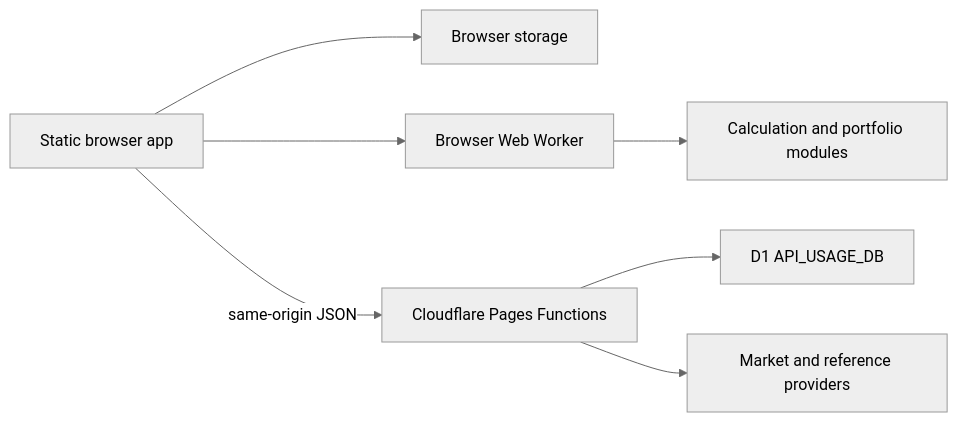
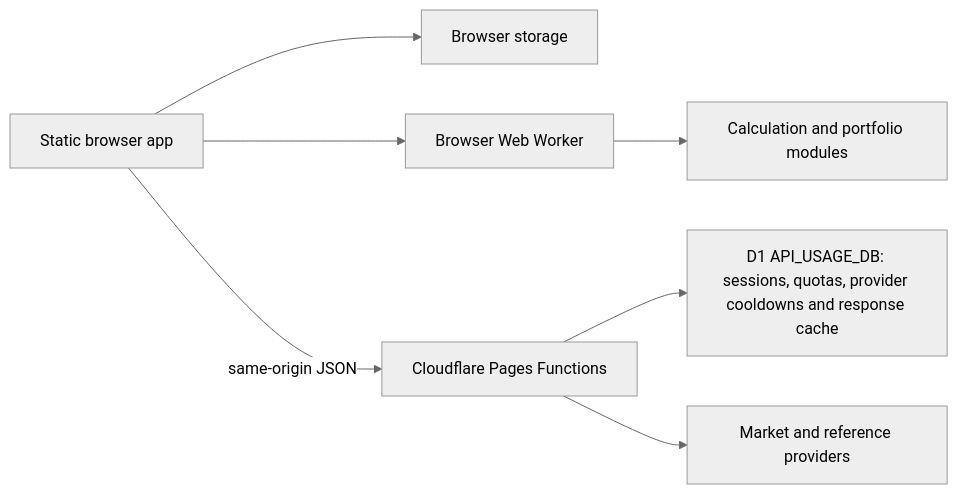
One commit to tahamoeini/invest-consult changed the diagram in docs/architecture-and-portability.md. Above: the diagram before and after it, drawn with Mermaid (neutral theme). The commit also changed other lines of this file and 10 other files, not shown here.

````diff
--- a/docs/architecture-and-portability.md
+++ b/docs/architecture-and-portability.md
@@ -11,9 +11,9 @@
 ```mermaid
 flowchart LR
   Browser["Static browser app"] --> Local["Browser storage"]
   Browser --> Worker["Browser Web Worker"]
   Worker --> Domain["Calculation and portfolio modules"]
   Browser -->|same-origin JSON| Routes["Cloudflare Pages Functions"]
-  Routes --> D1["D1 API_USAGE_DB"]
+  Routes --> D1["D1 API_USAGE_DB: sessions, quotas, provider cooldowns and response cache"]
   Routes --> Providers["Market and reference providers"]
 ```
````
